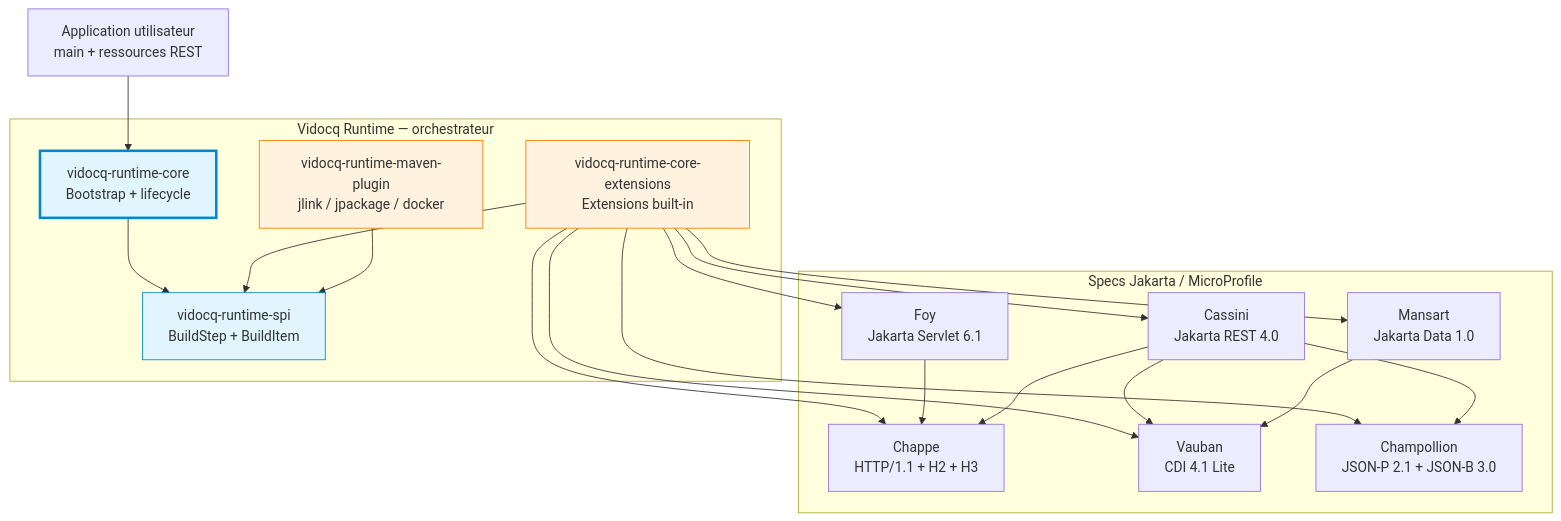
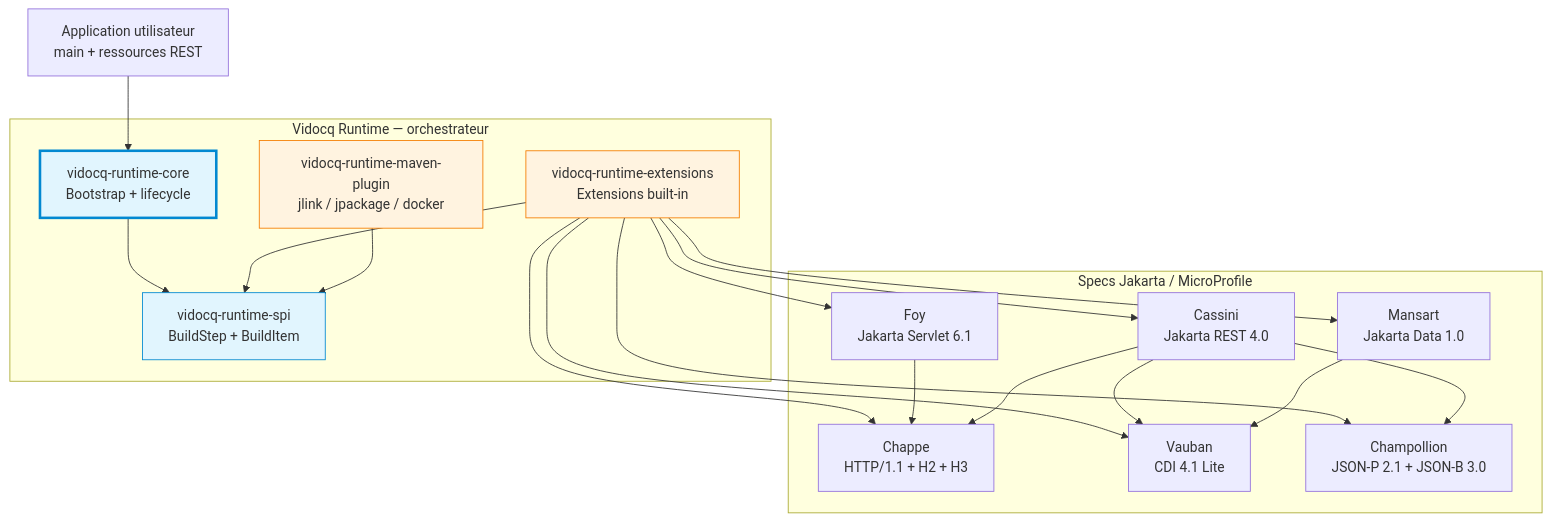
One commit to vidocq-stack/vidocq changed the diagram in docs/fr/modules/ROOT/pages/index.adoc. Above: the diagram before and after it, drawn with Mermaid. The commit also changed 151 other files, not shown here.

```diff
--- a/docs/fr/modules/ROOT/pages/index.adoc
+++ b/docs/fr/modules/ROOT/pages/index.adoc
@@ -45,44 +45,44 @@
 [mermaid]
 ....
 graph TB
     subgraph "Vidocq Runtime — orchestrateur"
         MPS[vidocq-runtime-core<br/>Bootstrap + lifecycle]
         SPI[vidocq-runtime-spi<br/>BuildStep + BuildItem]
-        EXT[vidocq-runtime-core-extensions<br/>Extensions built-in]
+        EXT[vidocq-runtime-extensions<br/>Extensions built-in]
         PLUGIN[vidocq-runtime-maven-plugin<br/>jlink / jpackage / docker]
     end
 
     subgraph "Specs Jakarta / MicroProfile"
         CHAPPE[Chappe<br/>HTTP/1.1 + H2 + H3]
         FOY[Foy<br/>Jakarta Servlet 6.1]
         CASSINI[Cassini<br/>Jakarta REST 4.0]
         VAUBAN[Vauban<br/>CDI 4.1 Lite]
         CHAMPOLLION[Champollion<br/>JSON-P 2.1 + JSON-B 3.0]
         MANSART[Mansart<br/>Jakarta Data 1.0]
     end
 
     APP[Application utilisateur<br/>main + ressources REST]
 
     APP --> MPS
     MPS --> SPI
     EXT --> SPI
     PLUGIN --> SPI
 
     EXT --> CHAPPE
     EXT --> VAUBAN
     EXT --> CHAMPOLLION
     EXT --> FOY
     EXT --> CASSINI
     EXT --> MANSART
 
     FOY --> CHAPPE
     CASSINI --> CHAPPE
     CASSINI --> VAUBAN
     CASSINI --> CHAMPOLLION
     MANSART --> VAUBAN
 
     style MPS fill:#e1f5fe,stroke:#0288d1,stroke-width:3px
     style SPI fill:#e1f5fe,stroke:#0288d1
     style EXT fill:#fff3e0,stroke:#f57c00
     style PLUGIN fill:#fff3e0,stroke:#f57c00
 ....
```
